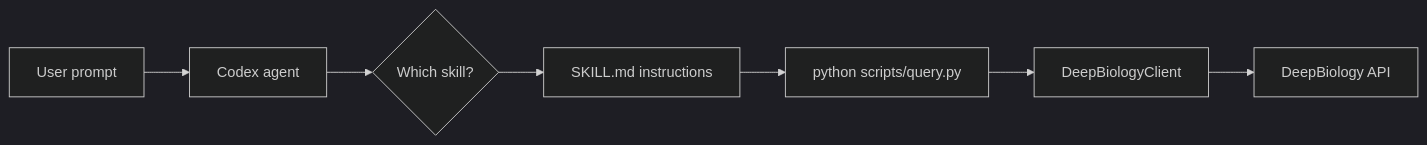
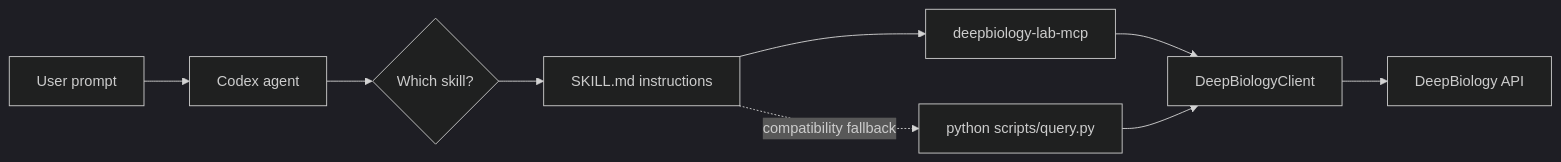
Before and after one commit to DeepBiology/deepbiology-lab: the diagram in README.md, drawn with Mermaid (dark theme). The commit also changed other lines of this file and 41 other files, not shown here.

````diff
--- a/README.md
+++ b/README.md
@@ -228,9 +293,11 @@
 ```mermaid
 flowchart LR
     A[User prompt] --> B[Codex agent]
     B --> C{Which skill?}
     C --> D[SKILL.md instructions]
-    D --> E[python scripts/query.py]
+    D --> E[deepbiology-lab-mcp]
+    D -. compatibility fallback .-> H[python scripts/query.py]
     E --> F[DeepBiologyClient]
+    H --> F
     F --> G[DeepBiology API]
 ```
````
